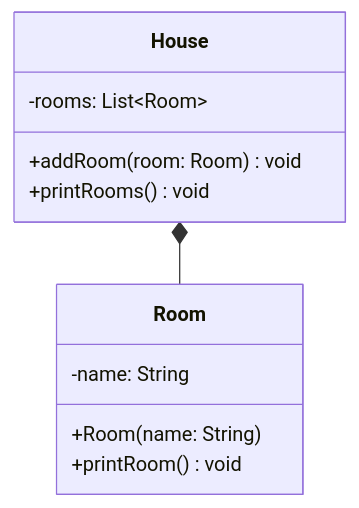
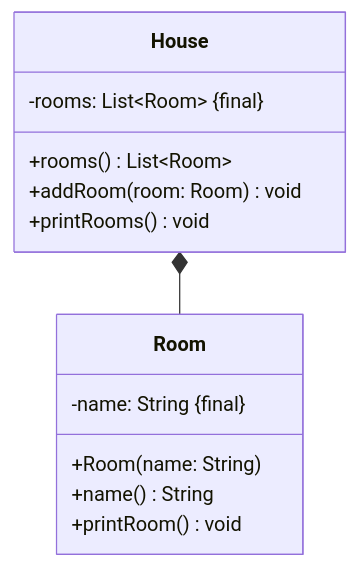
Before and after one commit to jappuccini/java-docs: the diagram in docs/exercises/inner-classes/inner-classes01.mdx, drawn with Mermaid. The commit also changed 33 other files, not shown here.

Commit message:
add final-property, change getter-description, change list- and map-declarations

````diff
--- a/docs/exercises/inner-classes/inner-classes01.mdx
+++ b/docs/exercises/inner-classes/inner-classes01.mdx
@@ -16,16 +16,18 @@
 ```mermaid
 classDiagram
     House *-- Room
 
     class House {
-        -rooms: List~Room~
+        -rooms: List~Room~ &#123final&#125
+        +rooms() List~Room~
         +addRoom(room: Room) void
         +printRooms() void
     }
 
     class Room {
-        -name: String
+        -name: String &#123final&#125
         +Room(name: String)
+        +name() String
         +printRoom() void
     }
 ```
````
